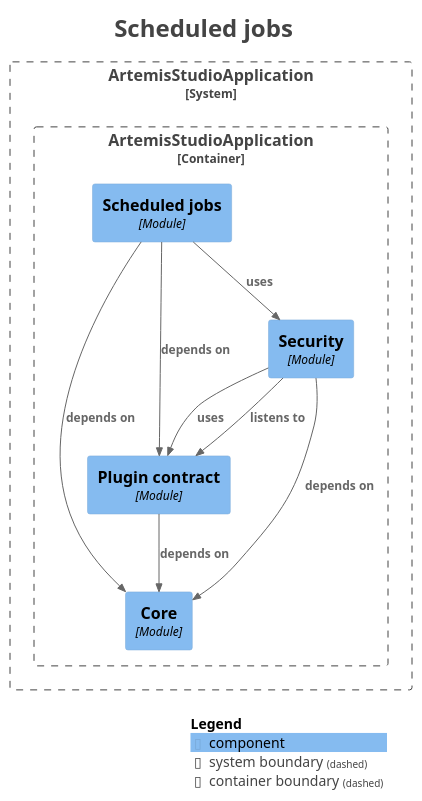
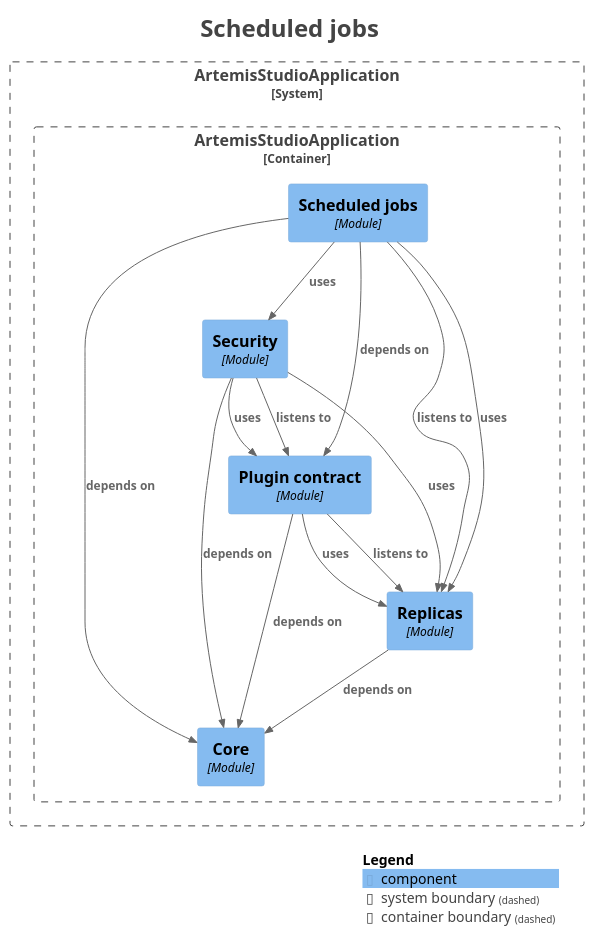
The diagram in docs/modules/module-kernel.jobs.puml (sudoitir/artemis-studio), drawn with PlantUML before and after one commit. The commit also changed 50 other files, not shown here.

```diff
--- a/docs/modules/module-kernel.jobs.puml
+++ b/docs/modules/module-kernel.jobs.puml
@@ -1,38 +1,45 @@
 @startuml
 title <size:24>Scheduled jobs</size>
 
 set separator none
 top to bottom direction
 
 <style>
   root {
     BackgroundColor: #ffffff
     FontColor: #444444
   }
 </style>
 
 !include <C4/C4>
 !include <C4/C4_Context>
 !include <C4/C4_Component>
 
 System_Boundary("ArtemisStudioApplication_boundary", "ArtemisStudioApplication", $tags="") {
   Container_Boundary("ArtemisStudioApplication.ArtemisStudioApplication_boundary", "ArtemisStudioApplication", $tags="") {
     Component(ArtemisStudioApplication.ArtemisStudioApplication.Core, "Core", $techn="Module", $descr="", $tags="", $link="")
+    Component(ArtemisStudioApplication.ArtemisStudioApplication.Replicas, "Replicas", $techn="Module", $descr="", $tags="", $link="")
     Component(ArtemisStudioApplication.ArtemisStudioApplication.Plugincontract, "Plugin contract", $techn="Module", $descr="", $tags="", $link="")
     Component(ArtemisStudioApplication.ArtemisStudioApplication.Security, "Security", $techn="Module", $descr="", $tags="", $link="")
     Component(ArtemisStudioApplication.ArtemisStudioApplication.Scheduledjobs, "Scheduled jobs", $techn="Module", $descr="", $tags="", $link="")
   }
 
 }
 
 Rel(ArtemisStudioApplication.ArtemisStudioApplication.Plugincontract, ArtemisStudioApplication.ArtemisStudioApplication.Core, "depends on", $techn="", $tags="", $link="")
+Rel(ArtemisStudioApplication.ArtemisStudioApplication.Plugincontract, ArtemisStudioApplication.ArtemisStudioApplication.Replicas, "listens to", $techn="", $tags="", $link="")
+Rel(ArtemisStudioApplication.ArtemisStudioApplication.Plugincontract, ArtemisStudioApplication.ArtemisStudioApplication.Replicas, "uses", $techn="", $tags="", $link="")
+Rel(ArtemisStudioApplication.ArtemisStudioApplication.Replicas, ArtemisStudioApplication.ArtemisStudioApplication.Core, "depends on", $techn="", $tags="", $link="")
 Rel(ArtemisStudioApplication.ArtemisStudioApplication.Scheduledjobs, ArtemisStudioApplication.ArtemisStudioApplication.Core, "depends on", $techn="", $tags="", $link="")
 Rel(ArtemisStudioApplication.ArtemisStudioApplication.Scheduledjobs, ArtemisStudioApplication.ArtemisStudioApplication.Plugincontract, "depends on", $techn="", $tags="", $link="")
+Rel(ArtemisStudioApplication.ArtemisStudioApplication.Scheduledjobs, ArtemisStudioApplication.ArtemisStudioApplication.Replicas, "listens to", $techn="", $tags="", $link="")
+Rel(ArtemisStudioApplication.ArtemisStudioApplication.Scheduledjobs, ArtemisStudioApplication.ArtemisStudioApplication.Replicas, "uses", $techn="", $tags="", $link="")
 Rel(ArtemisStudioApplication.ArtemisStudioApplication.Scheduledjobs, ArtemisStudioApplication.ArtemisStudioApplication.Security, "uses", $techn="", $tags="", $link="")
 Rel(ArtemisStudioApplication.ArtemisStudioApplication.Security, ArtemisStudioApplication.ArtemisStudioApplication.Core, "depends on", $techn="", $tags="", $link="")
 Rel(ArtemisStudioApplication.ArtemisStudioApplication.Security, ArtemisStudioApplication.ArtemisStudioApplication.Plugincontract, "listens to", $techn="", $tags="", $link="")
 Rel(ArtemisStudioApplication.ArtemisStudioApplication.Security, ArtemisStudioApplication.ArtemisStudioApplication.Plugincontract, "uses", $techn="", $tags="", $link="")
+Rel(ArtemisStudioApplication.ArtemisStudioApplication.Security, ArtemisStudioApplication.ArtemisStudioApplication.Replicas, "uses", $techn="", $tags="", $link="")
 
 SHOW_LEGEND(true)
 hide stereotypes
 @enduml
```
